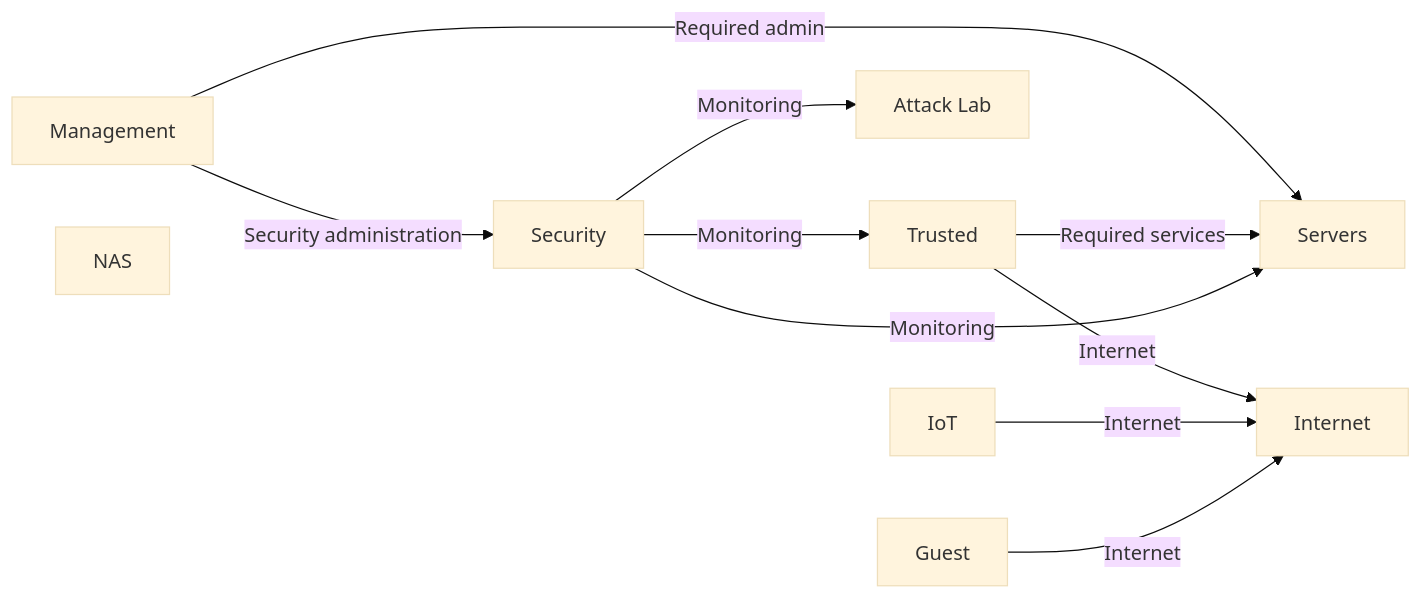
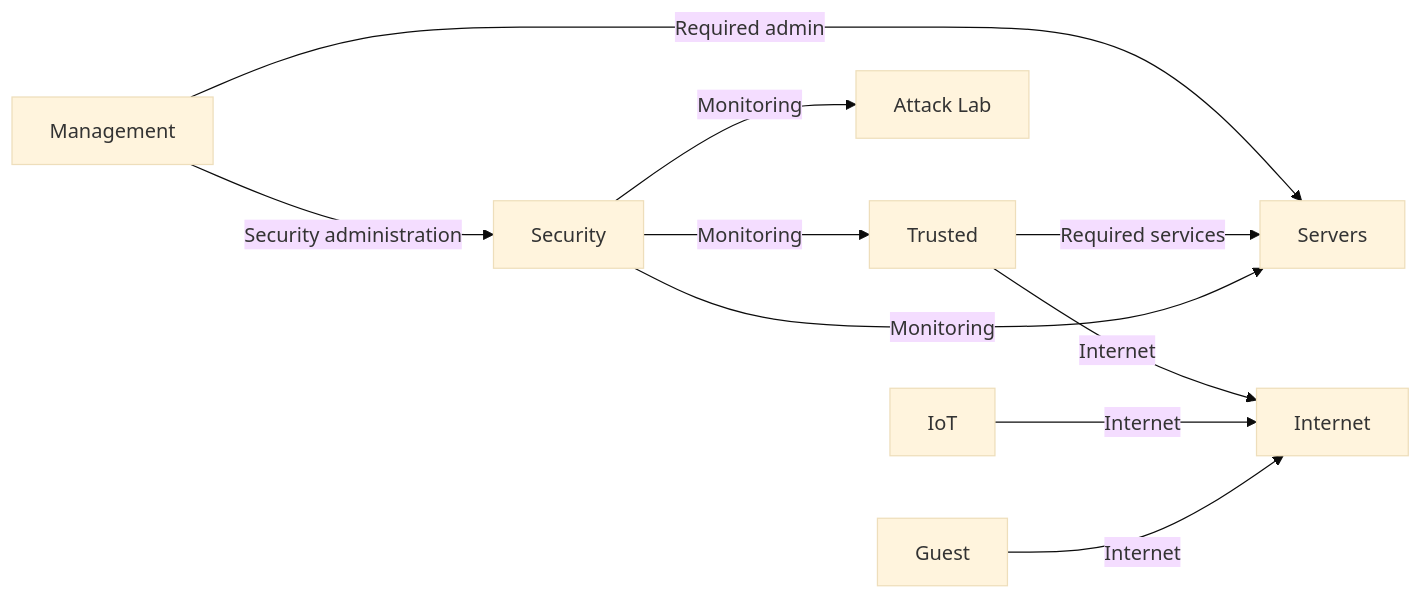
Before and after one commit to Danny-Dorr/Security-engineering-lab: the diagram in 01-Architecture/Diagrams/Traffic-Policy.md, drawn with Mermaid (base theme).

````diff
--- a/01-Architecture/Diagrams/Traffic-Policy.md
+++ b/01-Architecture/Diagrams/Traffic-Policy.md
@@ -3,22 +3,21 @@
 ```mermaid
 flowchart LR
     MGMT["Management"]
     SERVERS["Servers"]
     TRUSTED["Trusted"]
     SECURITY["Security"]
     ATTACK["Attack Lab"]
     IOT["IoT"]
     GUEST["Guest"]
-    NAS["NAS"]
     INTERNET["Internet"]
 
     MGMT -->|"Required admin"| SERVERS
     MGMT -->|"Security administration"| SECURITY
     TRUSTED -->|"Required services"| SERVERS
     TRUSTED -->|"Internet"| INTERNET
     SECURITY -->|"Monitoring"| SERVERS
     SECURITY -->|"Monitoring"| TRUSTED
     SECURITY -->|"Monitoring"| ATTACK
     IOT -->|"Internet"| INTERNET
     GUEST -->|"Internet"| INTERNET
 ```
````
